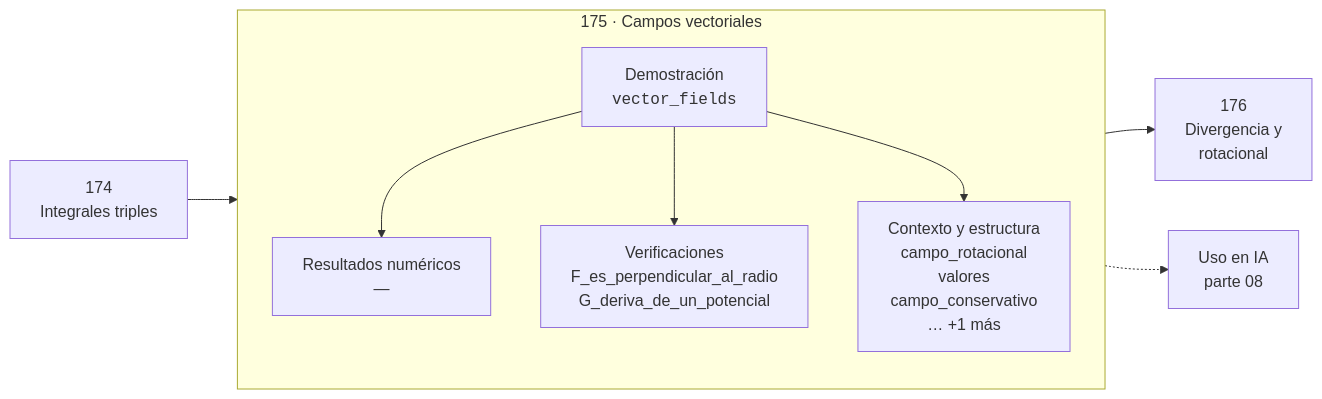
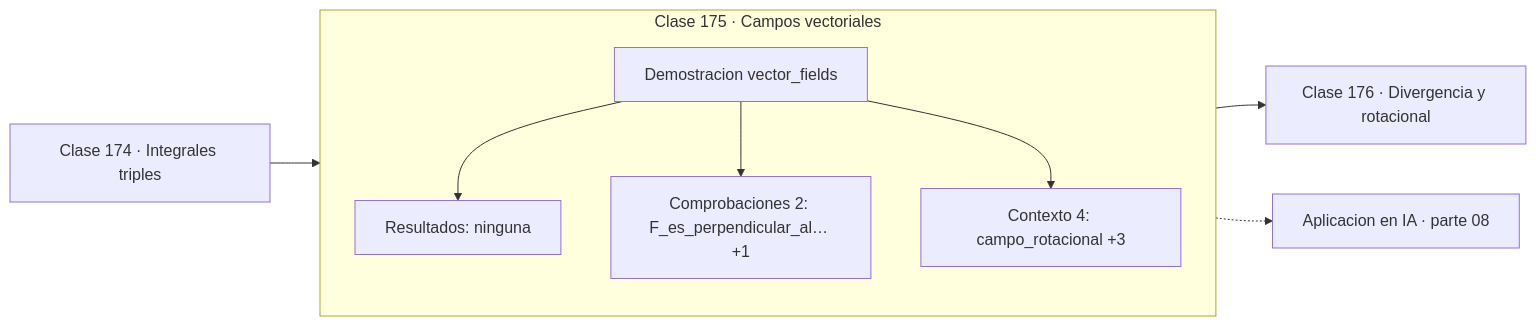
The diagram in classes/part-08-calculo-multivariable-matricial-y-autodiferenciacion/175-campos-vectoriales/README.md (vladimiracunadev-create/computational-mathematics-program), drawn with Mermaid before and after one commit. The commit also changed 389 other files, not shown here.

First line of the commit message:
fix(diagramas): elimina el HTML de las etiquetas Mermaid

````diff
--- a/classes/part-08-calculo-multivariable-matricial-y-autodiferenciacion/175-campos-vectoriales/README.md
+++ b/classes/part-08-calculo-multivariable-matricial-y-autodiferenciacion/175-campos-vectoriales/README.md
@@ -30,12 +30,13 @@
 ```mermaid
 flowchart LR
-    P["174<br/>Integrales triples"] --> C
-    subgraph C["175 · Campos vectoriales"]
+    P["Clase 174 · Integrales triples"] --> D
+    subgraph CLASE["Clase 175 · Campos vectoriales"]
         direction TB
-        D["Demostración<br/><code>vector_fields</code>"] --> R["Resultados numéricos<br/>—"]
-        D --> V["Verificaciones<br/>F_es_perpendicular_al_radio<br/>G_deriva_de_un_potencial"]
-        D --> O["Contexto y estructura<br/>campo_rotacional<br/>valores<br/>campo_conservativo<br/>… +1 más"]
+        D["Demostracion vector_fields"]
+        D --> R["Resultados: ninguna"]
+        D --> V["Comprobaciones 2: F_es_perpendicular_al… +1"]
+        D --> O["Contexto 4: campo_rotacional +3"]
     end
-    C --> N["176<br/>Divergencia y<br/>rotacional"]
-    C -.-> IA["Uso en IA<br/>parte 08"]
+    R --> N["Clase 176 · Divergencia y rotacional"]
+    V -.-> IA["Aplicacion en IA · parte 08"]
 ```
````
